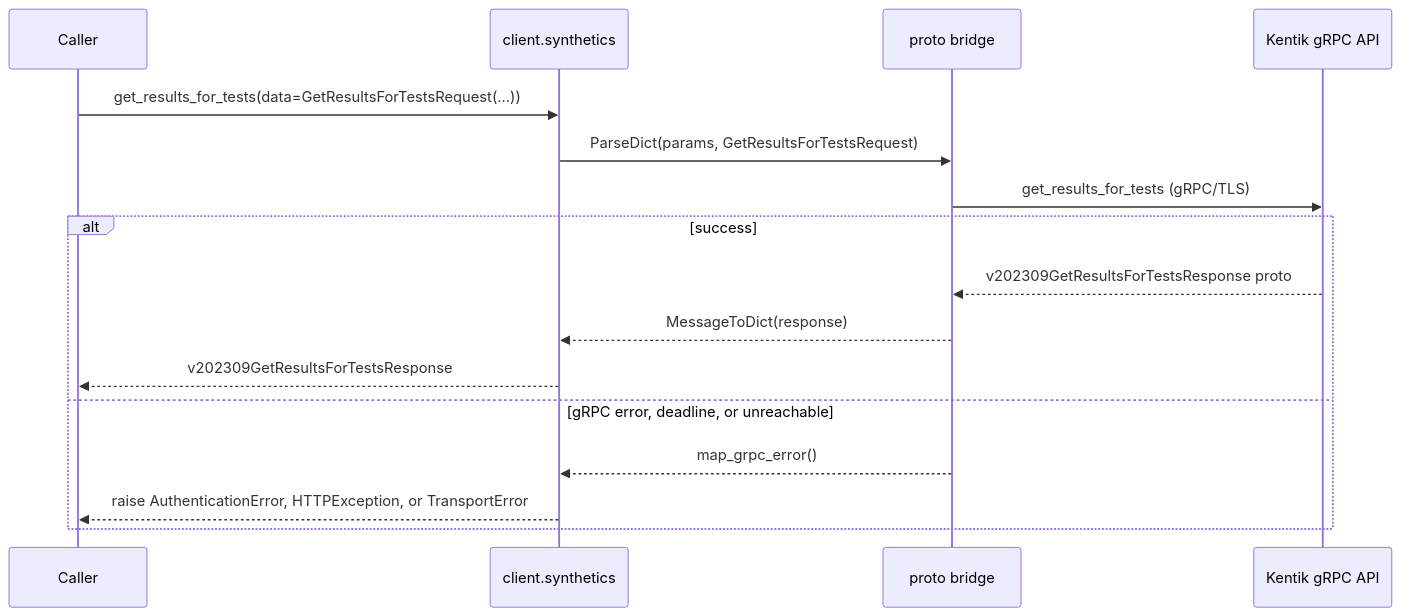
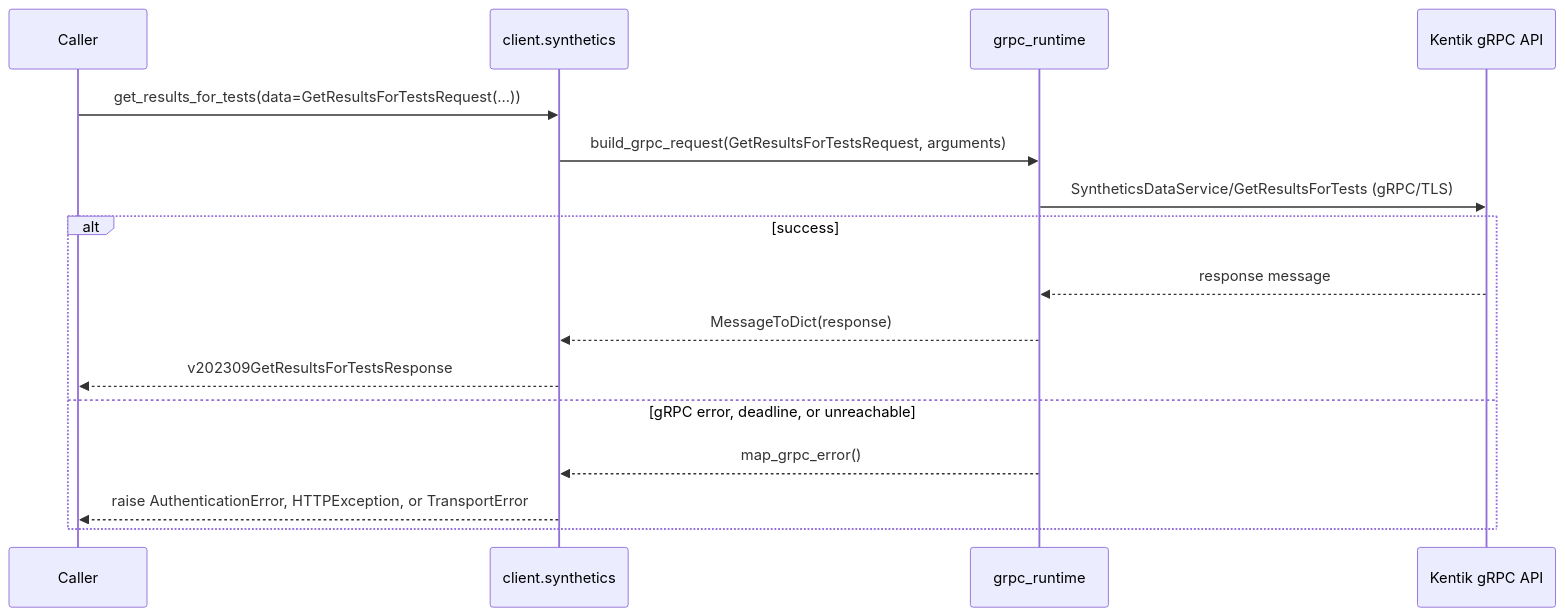
Before and after one commit to alexdearaujo/community_sdk_python: diagram 33 of 38 in docs/sphinx/services/synthetics.md, drawn with Mermaid. The commit also changed other lines of this file and 37 other files, not shown here.

First line of the commit message:
docs: show the real RPC in each service page's gRPC diagram

````diff
--- a/docs/sphinx/services/synthetics.md
+++ b/docs/sphinx/services/synthetics.md
@@ -1189,19 +1189,19 @@
 ```mermaid
 sequenceDiagram
     participant C as Caller
     participant W as client.synthetics
-    participant B as proto bridge
+    participant R as grpc_runtime
     participant API as Kentik gRPC API
 
     C->>W: get_results_for_tests(data=GetResultsForTestsRequest(...))
-    W->>B: ParseDict(params, GetResultsForTestsRequest)
-    B->>API: get_results_for_tests (gRPC/TLS)
+    W->>R: build_grpc_request(GetResultsForTestsRequest, arguments)
+    R->>API: SyntheticsDataService/GetResultsForTests (gRPC/TLS)
     alt success
-        API-->>B: v202309GetResultsForTestsResponse proto
-        B-->>W: MessageToDict(response)
+        API-->>R: response message
+        R-->>W: MessageToDict(response)
         W-->>C: v202309GetResultsForTestsResponse
     else gRPC error, deadline, or unreachable
-        B-->>W: map_grpc_error()
+        R-->>W: map_grpc_error()
         W-->>C: raise AuthenticationError, HTTPException, or TransportError
     end
 ```
````
